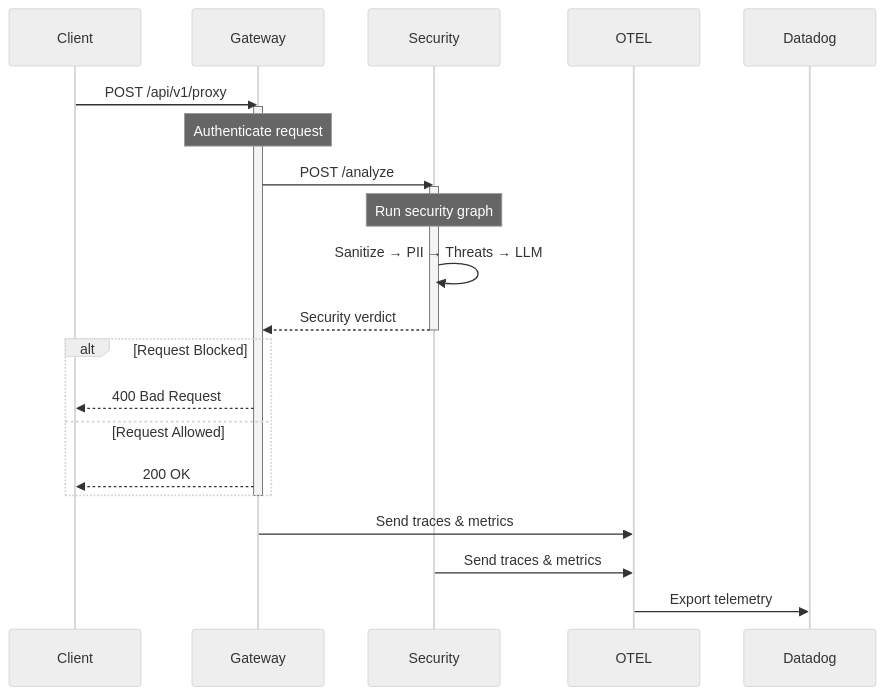
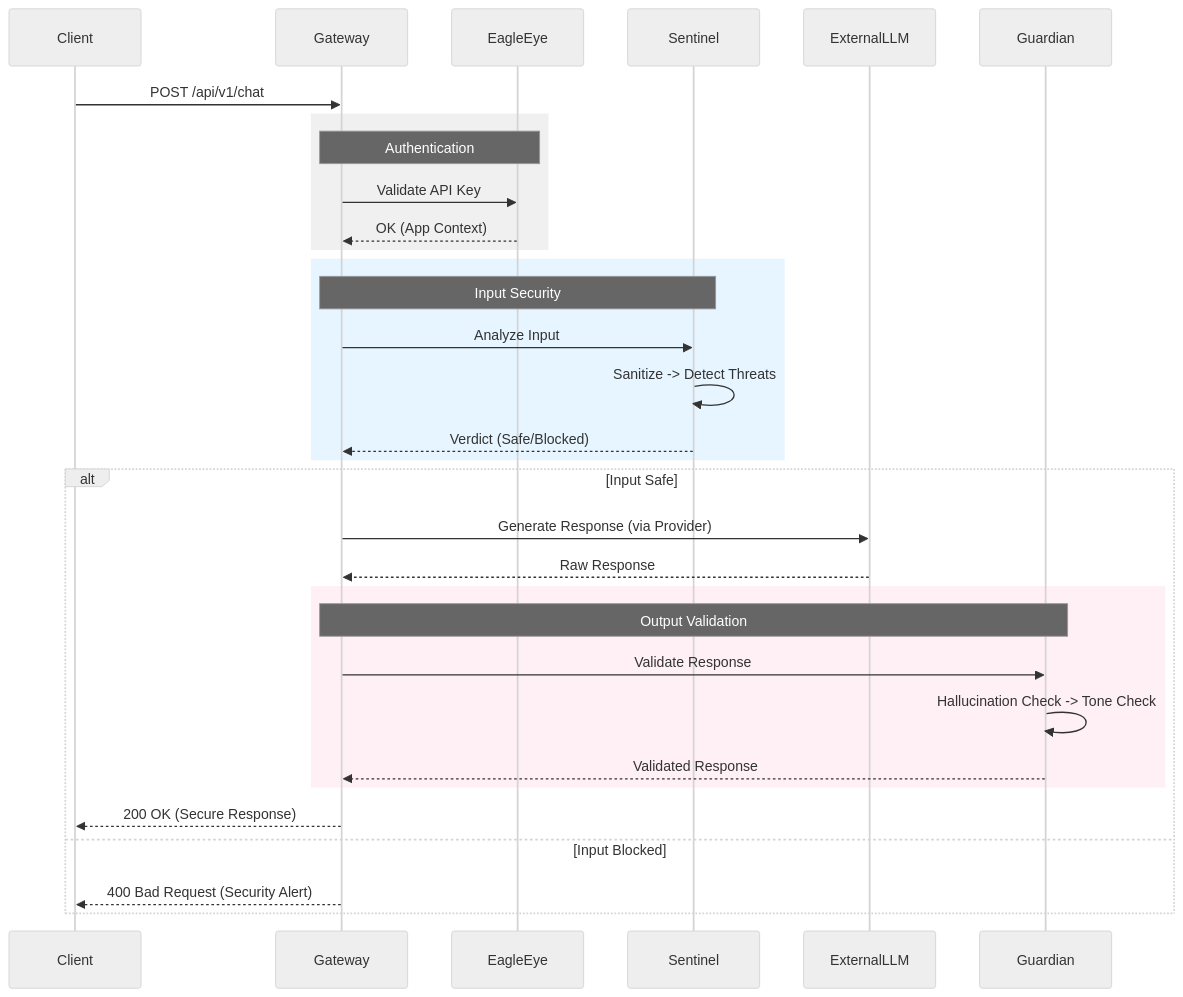
The second of 2 diagrams in README.md (vaisu-bhut/ClestiqShield-AgentCore), drawn with Mermaid (neutral theme) before and after one commit. The commit also changed other lines of this file, not shown here.

Commit message:
v2.1 ready with Datadog compliance

````diff
--- a/README.md
+++ b/README.md
@@ -185,30 +148,40 @@
 ```mermaid
 sequenceDiagram
     participant Client
     participant Gateway
-    participant Security
-    participant OTEL
-    participant Datadog
+    participant EagleEye
+    participant Sentinel
+    participant ExternalLLM
+    participant Guardian
 
-    Client->>Gateway: POST /api/v1/proxy
-    activate Gateway
-    Note over Gateway: Authenticate request
+    Client->>Gateway: POST /api/v1/chat
     
-    Gateway->>Security: POST /analyze
-    activate Security
-    Note over Security: Run security graph
-    Security->>Security: Sanitize → PII → Threats → LLM
-    Security-->>Gateway: Security verdict
-    deactivate Security
+    rect rgb(240, 240, 240)
+        Note over Gateway, EagleEye: Authentication
+        Gateway->>EagleEye: Validate API Key
+        EagleEye-->>Gateway: OK (App Context)
+    end
     
-    alt Request Blocked
-        Gateway-->>Client: 400 Bad Request
-    else Request Allowed
-        Gateway-->>Client: 200 OK
+    rect rgb(230, 245, 255)
+        Note over Gateway, Sentinel: Input Security
+        Gateway->>Sentinel: Analyze Input
+        Sentinel->>Sentinel: Sanitize -> Detect Threats
+        Sentinel-->>Gateway: Verdict (Safe/Blocked)
     end
-    deactivate Gateway
     
-    Gateway->>OTEL: Send traces & metrics
-    Security->>OTEL: Send traces & metrics
-    OTEL->>Datadog: Export telemetry
+    alt Input Safe
+        Gateway->>ExternalLLM: Generate Response (via Provider)
+        ExternalLLM-->>Gateway: Raw Response
+        
+        rect rgb(255, 240, 245)
+            Note over Gateway, Guardian: Output Validation
+            Gateway->>Guardian: Validate Response
+            Guardian->>Guardian: Hallucination Check -> Tone Check
+            Guardian-->>Gateway: Validated Response
+        end
+        
+        Gateway-->>Client: 200 OK (Secure Response)
+    else Input Blocked
+        Gateway-->>Client: 400 Bad Request (Security Alert)
+    end
 ```
````
